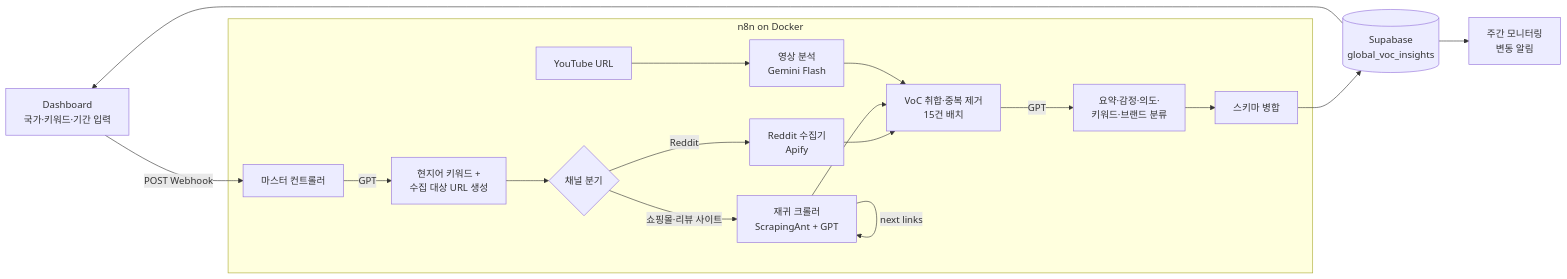
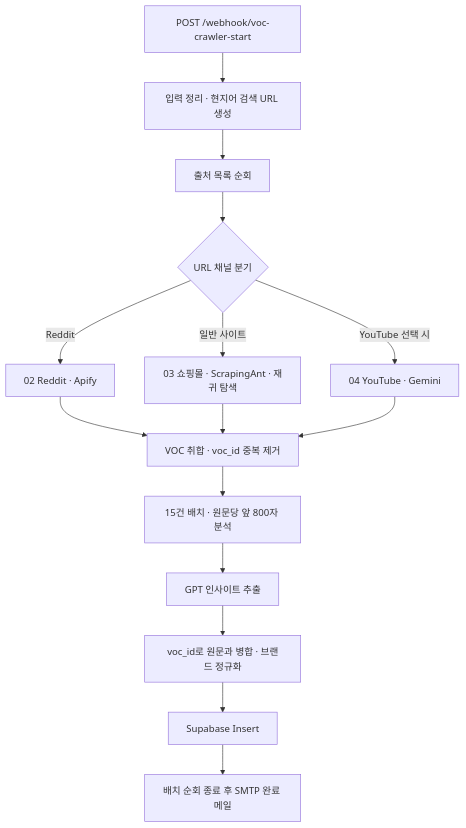
The diagram in README.md (wjdals0122/gloabl_VOC_), drawn with Mermaid before and after one commit. The commit also changed other lines of this file and 17 other files, not shown here.

````diff
--- a/README.md
+++ b/README.md
@@ -149,22 +51,17 @@
 ```mermaid
-flowchart LR
-    UI[Dashboard<br/>국가·키워드·기간 입력] -->|POST Webhook| S1
-
-    subgraph N8N[n8n on Docker]
-        S1[마스터 컨트롤러] -->|GPT| L1[현지어 키워드 +<br/>수집 대상 URL 생성]
-        L1 --> SW{채널 분기}
-        SW -->|Reddit| S2[Reddit 수집기<br/>Apify]
-        SW -->|쇼핑몰·리뷰 사이트| S3[재귀 크롤러<br/>ScrapingAnt + GPT]
-        S3 -->|next links| S3
-        YT[YouTube URL] --> S4[영상 분석<br/>Gemini Flash]
-        S2 --> AGG[VoC 취합·중복 제거<br/>15건 배치]
-        S3 --> AGG
-        S4 --> AGG
-        AGG -->|GPT| AI[요약·감정·의도·<br/>키워드·브랜드 분류]
-        AI --> MG[스키마 병합]
-    end
-
-    MG --> DB[(Supabase<br/>global_voc_insights)]
-    DB --> UI
-    DB --> AL[주간 모니터링<br/>변동 알림]
+flowchart TD
+    A[POST /webhook/voc-crawler-start] --> B[입력 정리 · 현지어 검색 URL 생성]
+    B --> C[출처 목록 순회]
+    C --> D{URL 채널 분기}
+    D -->|Reddit| E[02 Reddit · Apify]
+    D -->|일반 사이트| F[03 쇼핑몰 · ScrapingAnt · 재귀 탐색]
+    D -->|YouTube 선택 시| G[04 YouTube · Gemini]
+    E --> H[VOC 취합 · voc_id 중복 제거]
+    F --> H
+    G --> H
+    H --> I[15건 배치 · 원문당 앞 800자 분석]
+    I --> J[GPT 인사이트 추출]
+    J --> K[voc_id로 원문과 병합 · 브랜드 정규화]
+    K --> L[Supabase Insert]
+    L --> M[배치 순회 종료 후 SMTP 완료 메일]
 ```
````
